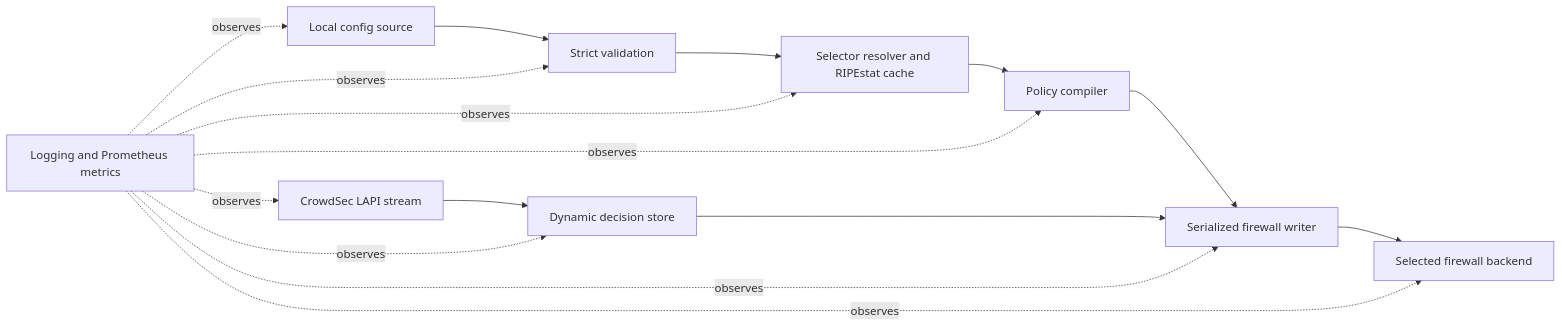
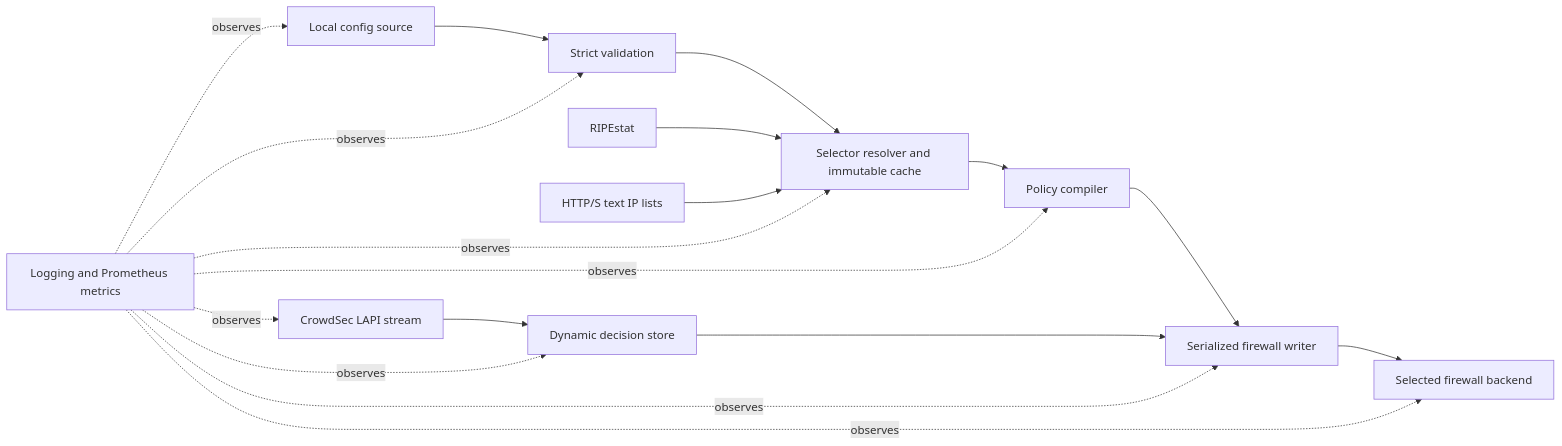
One commit to perimeterd/perimeterd changed the diagram in docs/architecture.md. Above: the diagram before and after it, drawn with Mermaid. The commit also changed other lines of this file and 26 other files, not shown here.

First line of the commit message:
feat: support custom HTTP(S) IP lists in policy selectors

````diff
--- a/docs/architecture.md
+++ b/docs/architecture.md
@@ -19,18 +20,20 @@
 ```mermaid
 flowchart LR
     CS[Local config source] --> V[Strict validation]
-    V --> R[Selector resolver and RIPEstat cache]
+    V --> R[Selector resolver and immutable cache]
     R --> C[Policy compiler]
+    RIPE[RIPEstat] --> R
+    TXT[HTTP/S text IP lists] --> R
     L[CrowdSec LAPI stream] --> D[Dynamic decision store]
     C --> W[Serialized firewall writer]
     D --> W
     W --> B[Selected firewall backend]
     O[Logging and Prometheus metrics] -. observes .-> CS
     O -. observes .-> V
     O -. observes .-> R
     O -. observes .-> C
     O -. observes .-> L
     O -. observes .-> D
     O -. observes .-> W
     O -. observes .-> B
 ```
````
